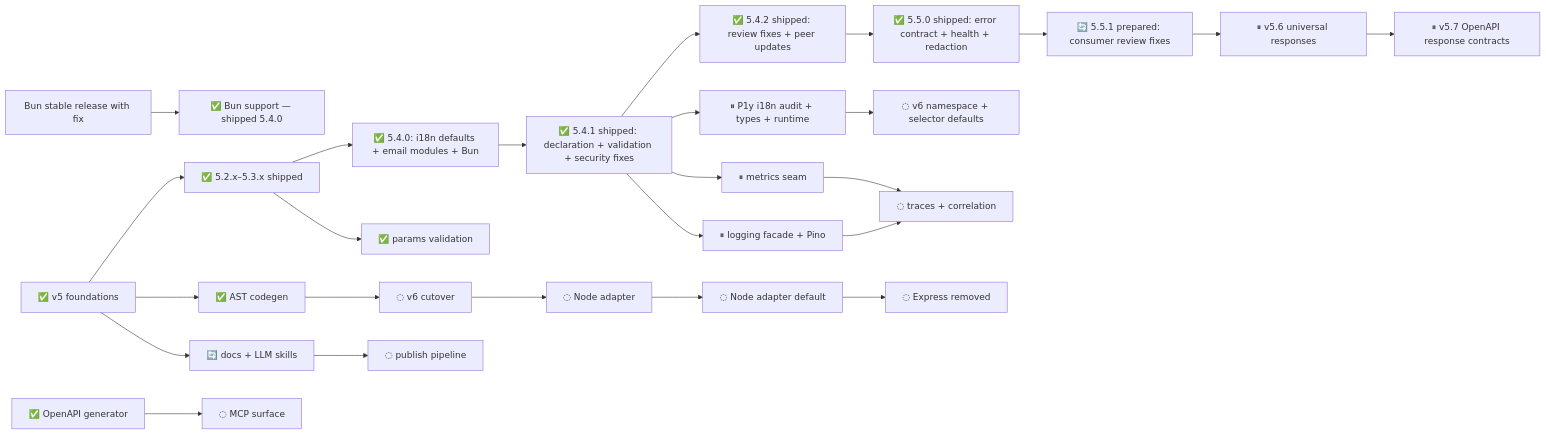
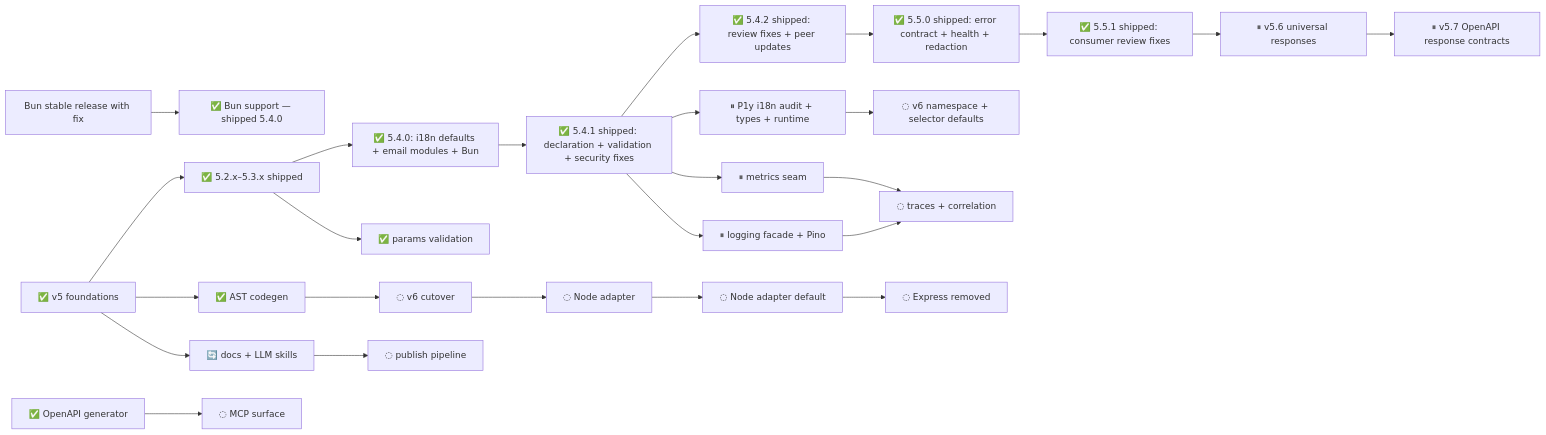
The diagram in .plans/refactor/README.md (adaptivestone/framework), drawn with Mermaid before and after one commit. The commit also changed other lines of this file and 1 other file, not shown here.

````diff
--- a/.plans/refactor/README.md
+++ b/.plans/refactor/README.md
@@ -49,34 +49,34 @@
 ```mermaid
 flowchart LR
     Foundation["✅ v5 foundations"] --> Patch["✅ 5.2.x–5.3.x shipped"]
     Patch --> Released["✅ 5.4.0: i18n defaults + email modules + Bun"]
     Released --> Unreleased["✅ 5.4.1 shipped: declaration + validation + security fixes"]
 
     Unreleased --> Patch542["✅ 5.4.2 shipped: review fixes + peer updates"]
     Patch542 --> Minor550["✅ 5.5.0 shipped: error contract + health + redaction"]
-    Minor550 --> Patch551["🔄 5.5.1 prepared: consumer review fixes"]
+    Minor550 --> Patch551["✅ 5.5.1 shipped: consumer review fixes"]
     Patch551 --> Responses["⏸ v5.6 universal responses"]
     Responses --> OpenAPI["⏸ v5.7 OpenAPI response contracts"]
 
     BunRelease["Bun stable release with fix"] --> BunSupport["✅ Bun support — shipped 5.4.0"]
 
     Unreleased --> I18nV5["⏸ P1y i18n audit + types + runtime"]
     I18nV5 --> I18nV6["◌ v6 namespace + selector defaults"]
 
     Foundation --> Codegen["✅ AST codegen"]
     Codegen --> V6["◌ v6 cutover"]
     V6 --> NodeAdapter["◌ Node adapter"]
     NodeAdapter --> DefaultNode["◌ Node adapter default"]
     DefaultNode --> DropExpress["◌ Express removed"]
 
     Foundation --> Docs["🔄 docs + LLM skills"]
     Docs --> Publish["◌ publish pipeline"]
 
     Patch --> Params["✅ params validation"]
     Unreleased --> Metrics["⏸ metrics seam"]
     Unreleased --> Logging["⏸ logging facade + Pino"]
     Logging --> Observability["◌ traces + correlation"]
     Metrics --> Observability
 
     OpenAPIGen["✅ OpenAPI generator"] --> MCP["◌ MCP surface"]
 ```
````
